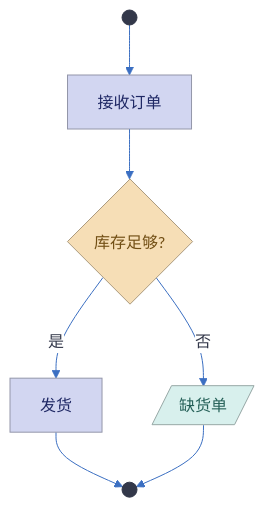
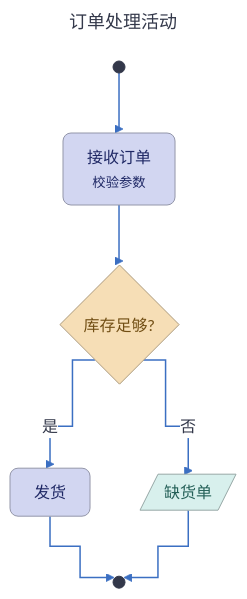
One commit to huang-hee/diagram-kit changed the ninth of 45 diagrams in docs/画图指南.md. Above: the diagram before and after it, drawn with Mermaid. The commit also changed other lines of this file and 248 other files, not shown here.

First line of the commit message:
feat: 示例按统一风格重做，补齐 42 张 drawio 整图示例，默认工具改为 drawio

````diff
--- a/docs/画图指南.md
+++ b/docs/画图指南.md
@@ -753,37 +783,45 @@
 ```mermaid
 ---
+title: "订单处理活动"
 config:
   theme: base
   fontFamily: "PingFang SC, Microsoft YaHei, Noto Sans CJK SC, Source Han Sans SC, sans-serif"
+  flowchart:
+    curve: "step"
+    nodeSpacing: 50
+    rankSpacing: 60
+    padding: 12
+    wrappingWidth: 300
   themeVariables:
     background: "#FFFFFF"
     primaryColor: "#FFFFFF"
     primaryBorderColor: "#3B6FC2"
     primaryTextColor: "#33384A"
     nodeTextColor: "#33384A"
     secondaryColor: "#FBDBD1"
     tertiaryColor: "#EBF1F9"
     lineColor: "#3B6FC2"
     textColor: "#33384A"
     clusterBkg: "#EBF1F9"
     clusterBorder: "#3B6FC2"
     edgeLabelBackground: "#FFFFFF"
     titleColor: "#33384A"
     noteBkgColor: "#FFF6CE"
     noteBorderColor: "#A6A086"
     noteTextColor: "#33384A"
 ---
 flowchart TB
-  S(( )):::bar --> A[接收订单]:::action
+  S(( )):::bar --> A["接收订单<br><small>校验参数</small>"]:::action
   A --> D{库存足够?}:::decision
   D -- 是 --> F[发货]:::action
   D -- 否 --> O[/缺货单/]:::object
   F --> E(( )):::bar
   O --> E
-classDef action fill:#D2D6F1,stroke:#9396A9,color:#1F2865
-classDef decision fill:#F6DEB6,stroke:#AC9B7F,color:#714E14
-classDef object fill:#D8F0ED,stroke:#97A8A6,color:#256058
-classDef bar fill:#33384A,stroke:#33384A,color:#FFFFFF
-classDef partition fill:#EBF1F9,stroke:#3B6FC2,color:#33384A
+classDef action fill:#D2D6F1,stroke:#9396A9,color:#1F2865,rx:8,ry:8
+classDef decision fill:#F6DEB6,stroke:#AC9B7F,color:#714E14,rx:8,ry:8
+classDef object fill:#D8F0ED,stroke:#97A8A6,color:#256058,rx:8,ry:8
+classDef bar fill:#33384A,stroke:#33384A,color:#FFFFFF,rx:8,ry:8
+classDef partition fill:#EBF1F9,stroke:#3B6FC2,color:#33384A,rx:8,ry:8
 %% 用法：节点 A:::action 或 class A,B action
+linkStyle default stroke-width:1.5px
 ```
````
